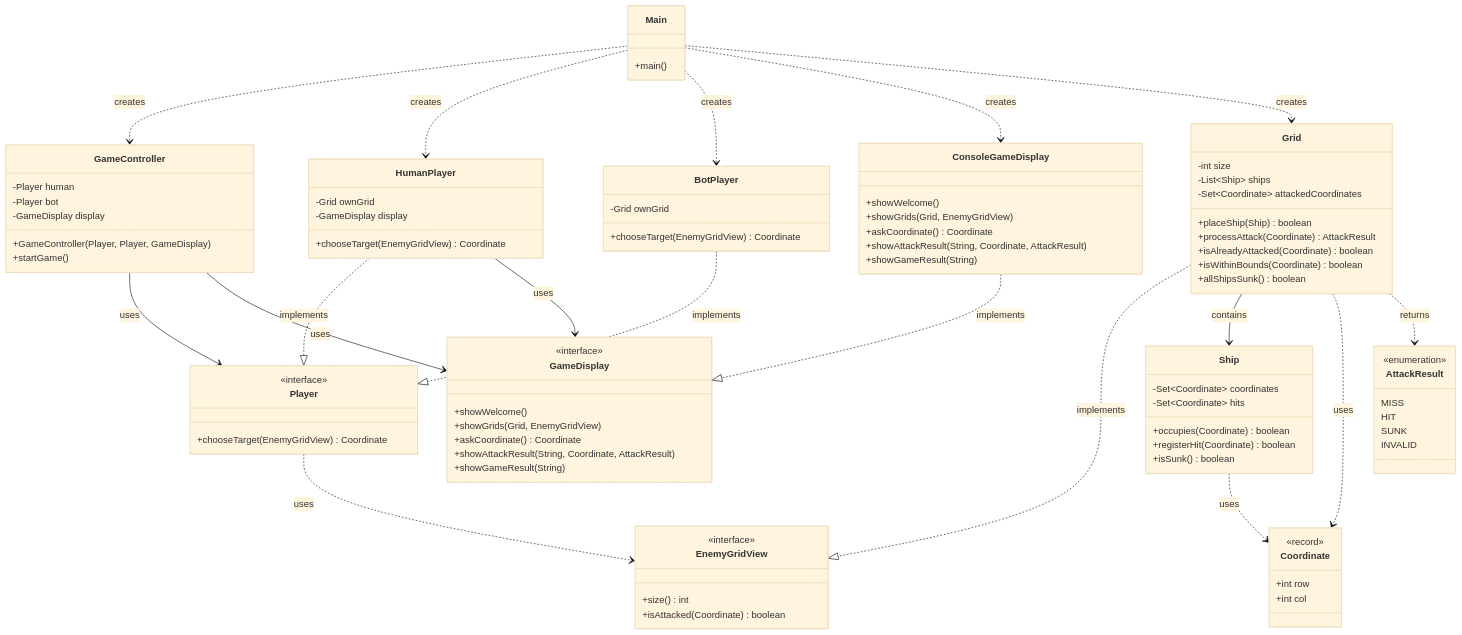
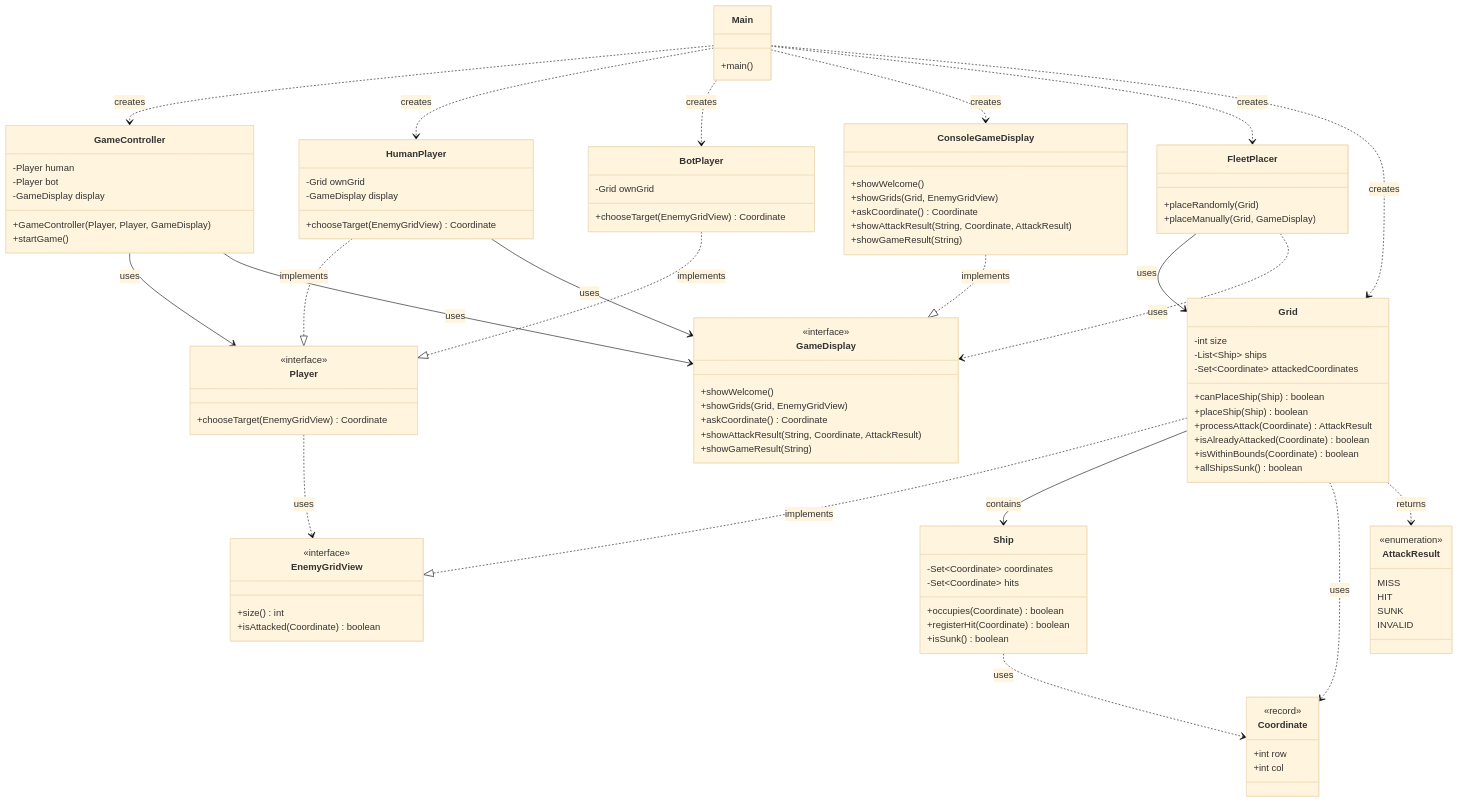
Before and after one commit to m-kuleshov/console-battleship: the diagram in README.md, drawn with Mermaid (base theme). The commit also changed other lines of this file, not shown here.

Commit message:
added FleetService for auto/manual fleet placement

````diff
--- a/README.md
+++ b/README.md
@@ -75,6 +76,6 @@
 ```mermaid
 classDiagram
-    class Main { 
+    class Main {
         +main()
     }
 
@@ -100,6 +101,11 @@
     class BotPlayer {
         -Grid ownGrid
         +chooseTarget(EnemyGridView) Coordinate
+    }
+
+    class FleetPlacer {
+        +placeRandomly(Grid)
+        +placeManually(Grid, GameDisplay)
     }
 
     class EnemyGridView {
@@ -129,6 +135,7 @@
         -int size
         -List~Ship~ ships
         -Set~Coordinate~ attackedCoordinates
+        +canPlaceShip(Ship) boolean
         +placeShip(Ship) boolean
         +processAttack(Coordinate) AttackResult
         +isAlreadyAttacked(Coordinate) boolean
@@ -162,6 +169,7 @@
     Main ..> HumanPlayer : creates
     Main ..> BotPlayer : creates
     Main ..> ConsoleGameDisplay : creates
+    Main ..> FleetPlacer : creates
     Main ..> Grid : creates
 
     GameController --> Player : uses
@@ -172,6 +180,8 @@
     ConsoleGameDisplay ..|> GameDisplay : implements
 
     HumanPlayer --> GameDisplay : uses
+    FleetPlacer --> Grid : uses
+    FleetPlacer ..> GameDisplay : uses
     Player ..> EnemyGridView : uses
     Grid ..|> EnemyGridView : implements
     Grid --> Ship : contains
````
